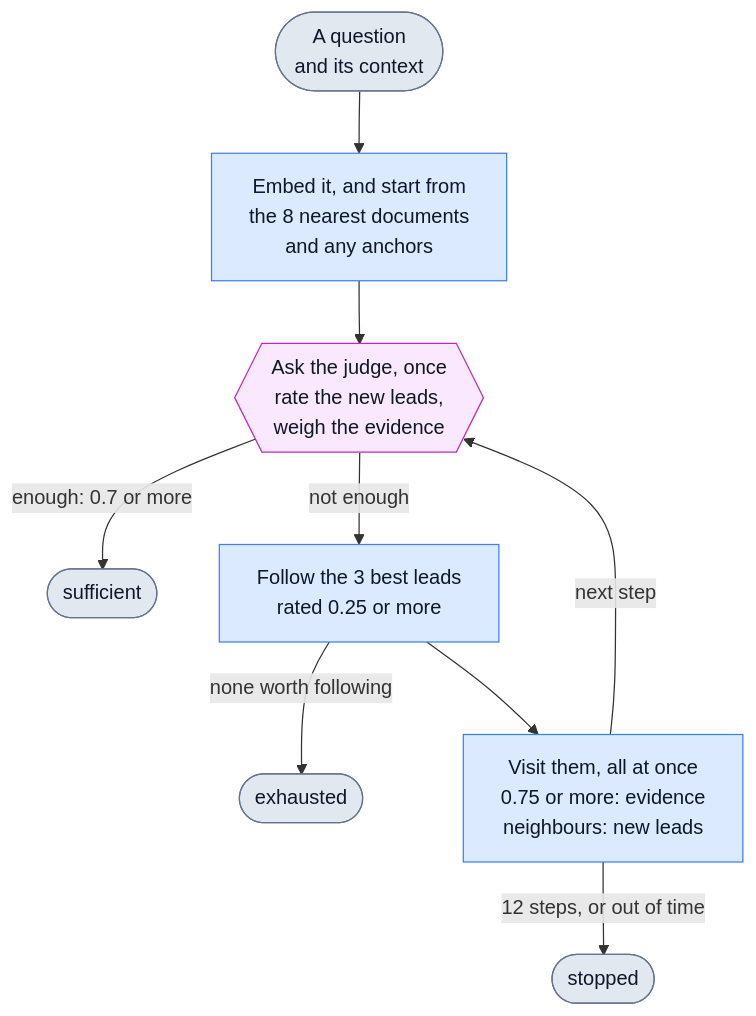
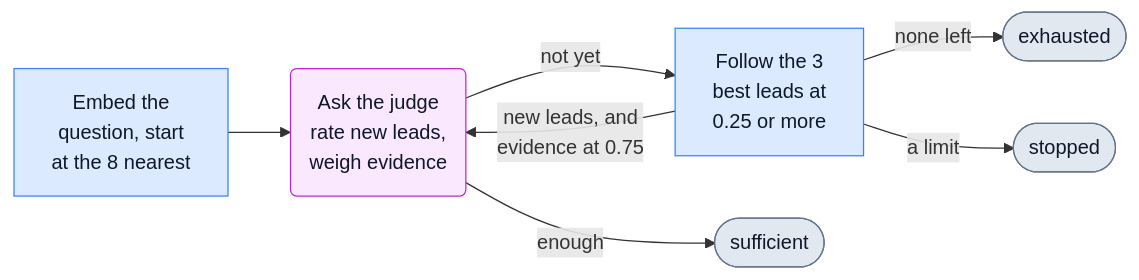
The fifth of 7 diagrams in README.md (umran/grafsol), drawn with Mermaid before and after one commit. The commit also changed other lines of this file, not shown here.

First line of the commit message:
Fit the README's diagrams to GitHub's Mermaid renderer

````diff
--- a/README.md
+++ b/README.md
@@ -253,23 +261,20 @@
 ```mermaid
-flowchart TB
-    question(["A question<br/>and its context"]):::outside
-    seed["Embed it, and start from<br/>the 8 nearest documents<br/>and any anchors"]:::code
-    judge{{"Ask the judge, once<br/>rate the new leads,<br/>weigh the evidence"}}:::paid
-    follow["Follow the 3 best leads<br/>rated 0.25 or more"]:::code
-    visit["Visit them, all at once<br/>0.75 or more: evidence<br/>neighbours: new leads"]:::code
+flowchart LR
+    seed["Embed the<br/>question, start<br/>at the 8 nearest"]:::code
+    judge("Ask the judge<br/>rate new leads,<br/>weigh evidence"):::paid
+    follow["Follow the 3<br/>best leads at<br/>0.25 or more"]:::code
     sufficient(["sufficient"]):::outside
     exhausted(["exhausted"]):::outside
     stopped(["stopped"]):::outside
 
-    question --> seed --> judge
-    judge -- "enough: 0.7 or more" --> sufficient
-    judge -- "not enough" --> follow
-    follow -- "none worth following" --> exhausted
-    follow --> visit
-    visit -- "next step" --> judge
-    visit -- "12 steps, or out of time" --> stopped
+    seed --> judge
+    judge -- "enough" --> sufficient
+    judge -- "not yet" --> follow
+    follow -- "new leads, and<br/>evidence at 0.75" --> judge
+    follow -- "none left" --> exhausted
+    follow -- "a limit" --> stopped
 
     classDef outside fill:#e2e8f0,stroke:#64748b,color:#0f172a
     classDef code fill:#dbeafe,stroke:#3b82f6,color:#0f172a
     classDef paid fill:#fae8ff,stroke:#c026d3,color:#0f172a
 ```
````
